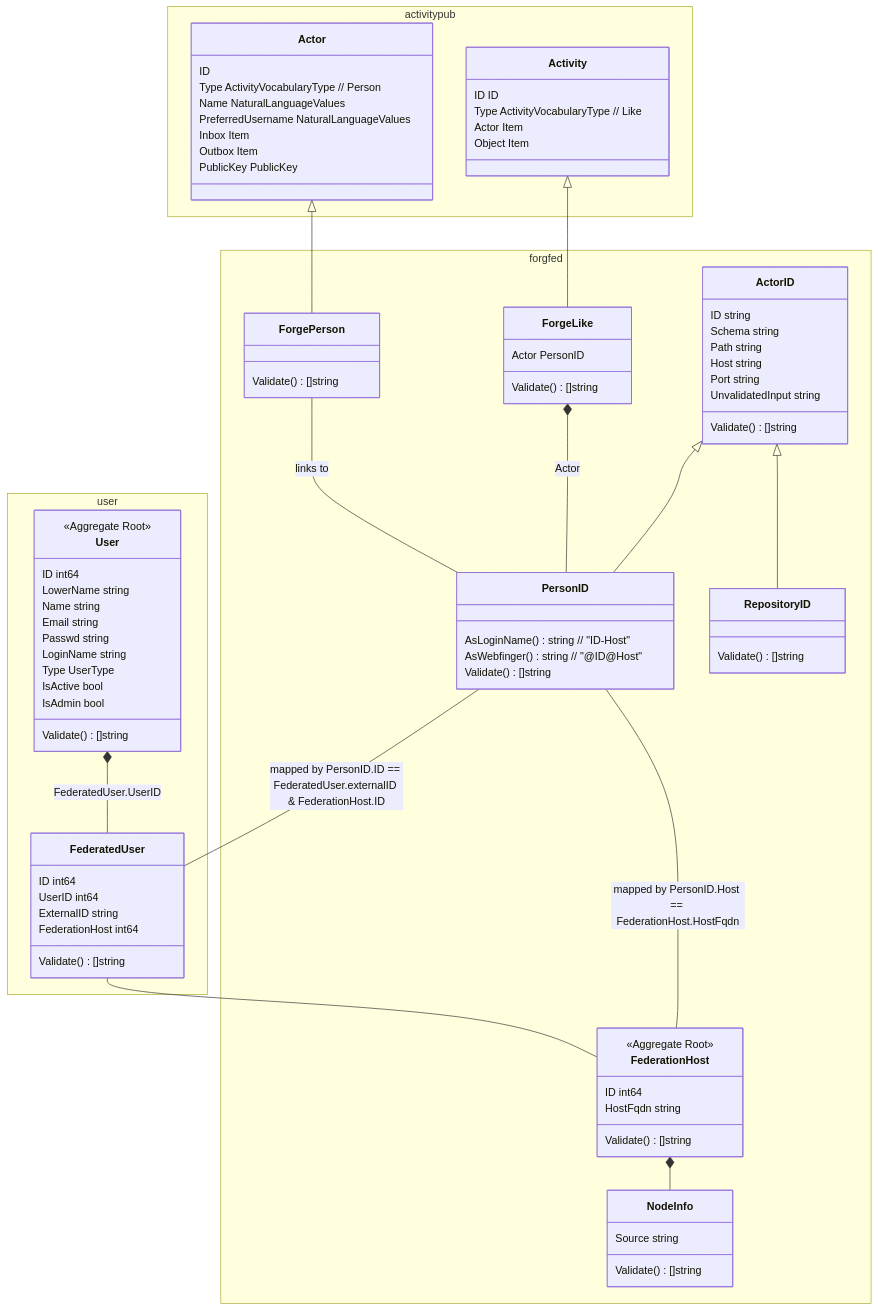
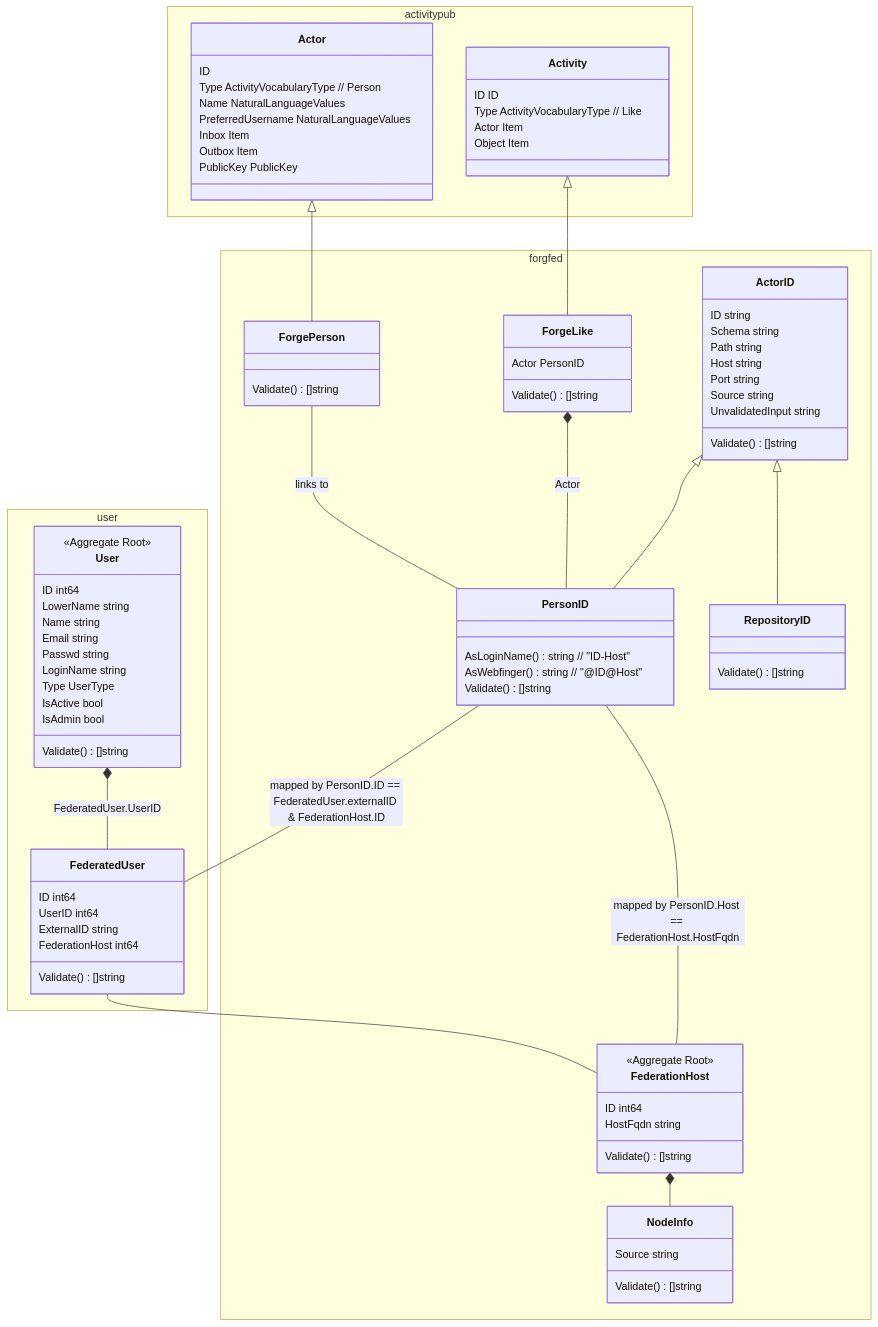
The diagram in docs/unsure-where-to-put/federation-architecture.md (yonasBSD/forgejo), drawn with Mermaid before and after one commit.

Commit message:
ActorID gets source type from NodeInfo

```diff
--- a/docs/unsure-where-to-put/federation-architecture.md
+++ b/docs/unsure-where-to-put/federation-architecture.md
@@ -44,6 +44,7 @@
       Path             string
       Host             string
       Port             string
+      Source           string
       UnvalidatedInput string
       Validate() []string
     }
```
